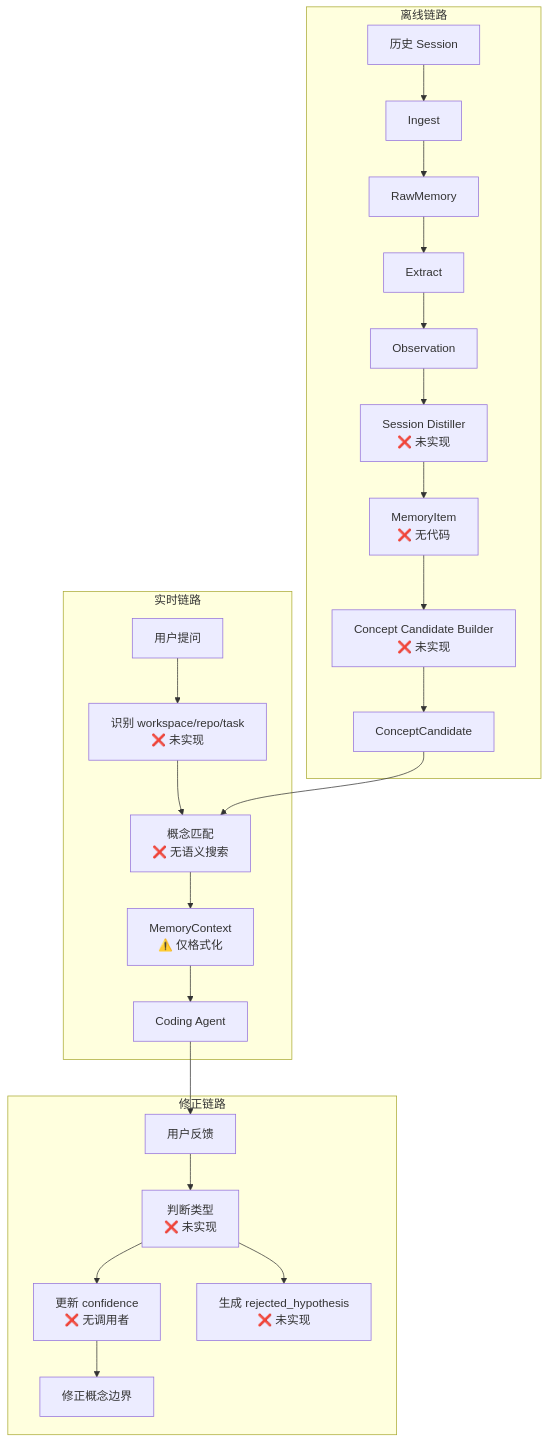
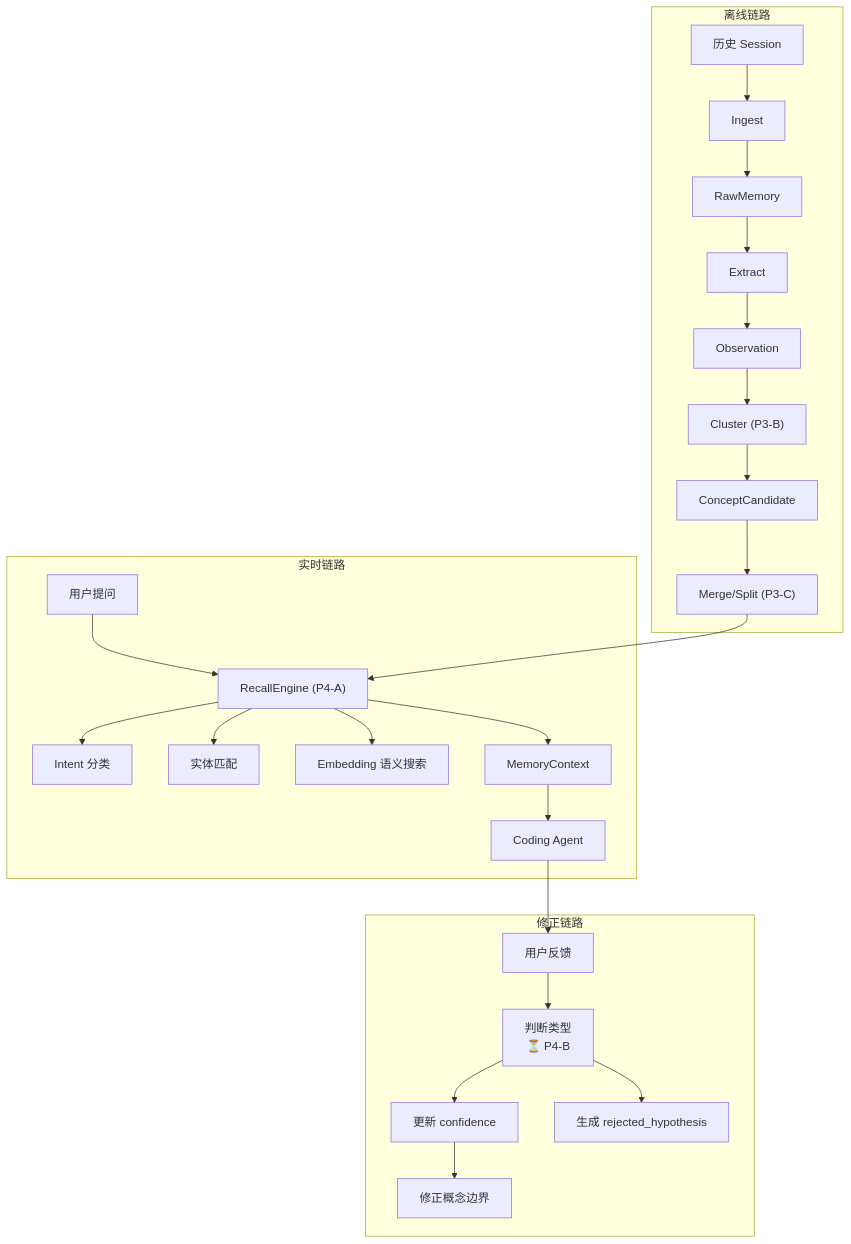
Before and after one commit to neostfox/sonny: the second of 6 diagrams in .ctl/spec/backend/index.md, drawn with Mermaid. The commit also changed other lines of this file and 19 other files, not shown here.

First line of the commit message:
Implement P4-A recall engine

````diff
--- a/.ctl/spec/backend/index.md
+++ b/.ctl/spec/backend/index.md
@@ -45,30 +45,31 @@
 ```mermaid
 flowchart TB
     subgraph 离线链路
         HIST["历史 Session"] --> ING["Ingest"]
         ING --> RAW["RawMemory"]
         RAW --> EXTRACT["Extract"]
         EXTRACT --> OBS["Observation"]
-        OBS --> DISTILL["Session Distiller<br/>❌ 未实现"]
-        DISTILL --> MI["MemoryItem<br/>❌ 无代码"]
-        MI --> CCBUILD["Concept Candidate Builder<br/>❌ 未实现"]
-        CCBUILD --> CC["ConceptCandidate"]
+        OBS --> CLUSTER["Cluster (P3-B)"]
+        CLUSTER --> CC["ConceptCandidate"]
+        CC --> MERGE["Merge/Split (P3-C)"]
     end
 
     subgraph 实时链路
-        USER["用户提问"] --> IDENT["识别 workspace/repo/task<br/>❌ 未实现"]
-        IDENT --> MATCH["概念匹配<br/>❌ 无语义搜索"]
-        MATCH --> CTX["MemoryContext<br/>⚠️ 仅格式化"]
+        USER["用户提问"] --> RECALL["RecallEngine (P4-A)"]
+        RECALL --> INTENT["Intent 分类"]
+        RECALL --> ENTITY["实体匹配"]
+        RECALL --> SEMANTIC["Embedding 语义搜索"]
+        RECALL --> CTX["MemoryContext"]
         CTX --> AGENT["Coding Agent"]
     end
 
     subgraph 修正链路
-        FEED["用户反馈"] --> JUDGE["判断类型<br/>❌ 未实现"]
-        JUDGE --> UPDATE["更新 confidence<br/>❌ 无调用者"]
-        JUDGE --> REJECT["生成 rejected_hypothesis<br/>❌ 未实现"]
+        FEED["用户反馈"] --> JUDGE["判断类型<br/>⏳ P4-B"]
+        JUDGE --> UPDATE["更新 confidence"]
+        JUDGE --> REJECT["生成 rejected_hypothesis"]
         UPDATE --> REV2["修正概念边界"]
     end
 
-    CC --> MATCH
+    MERGE --> RECALL
     AGENT --> FEED
 ```
````
